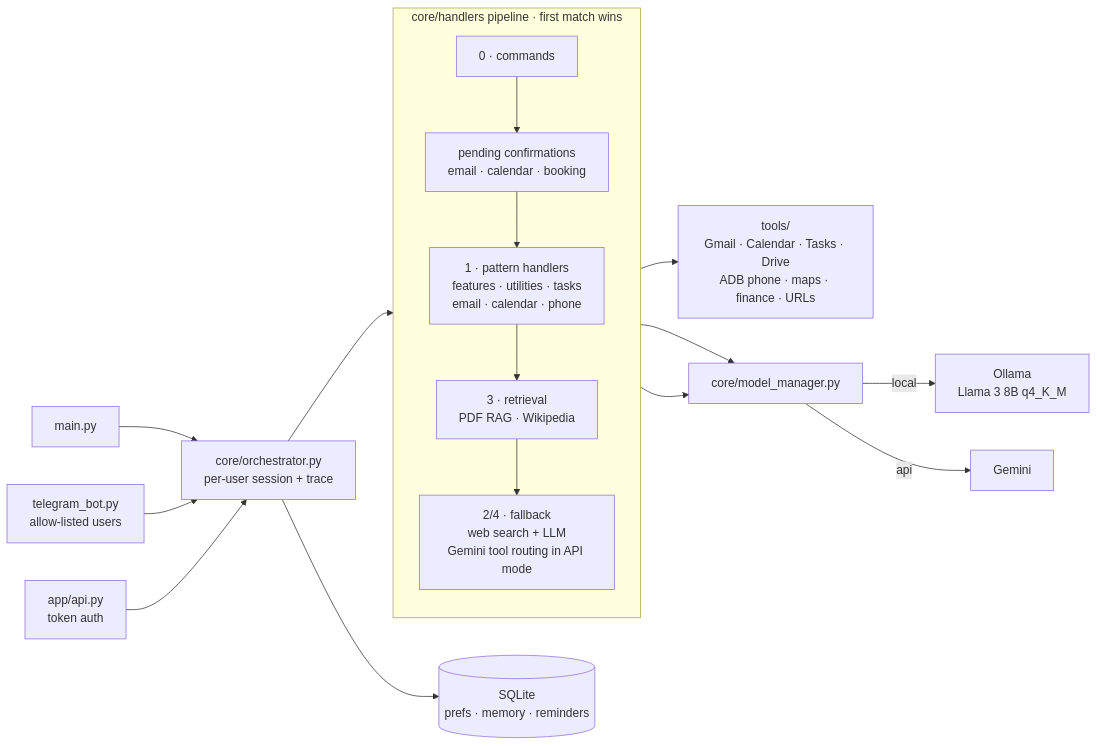
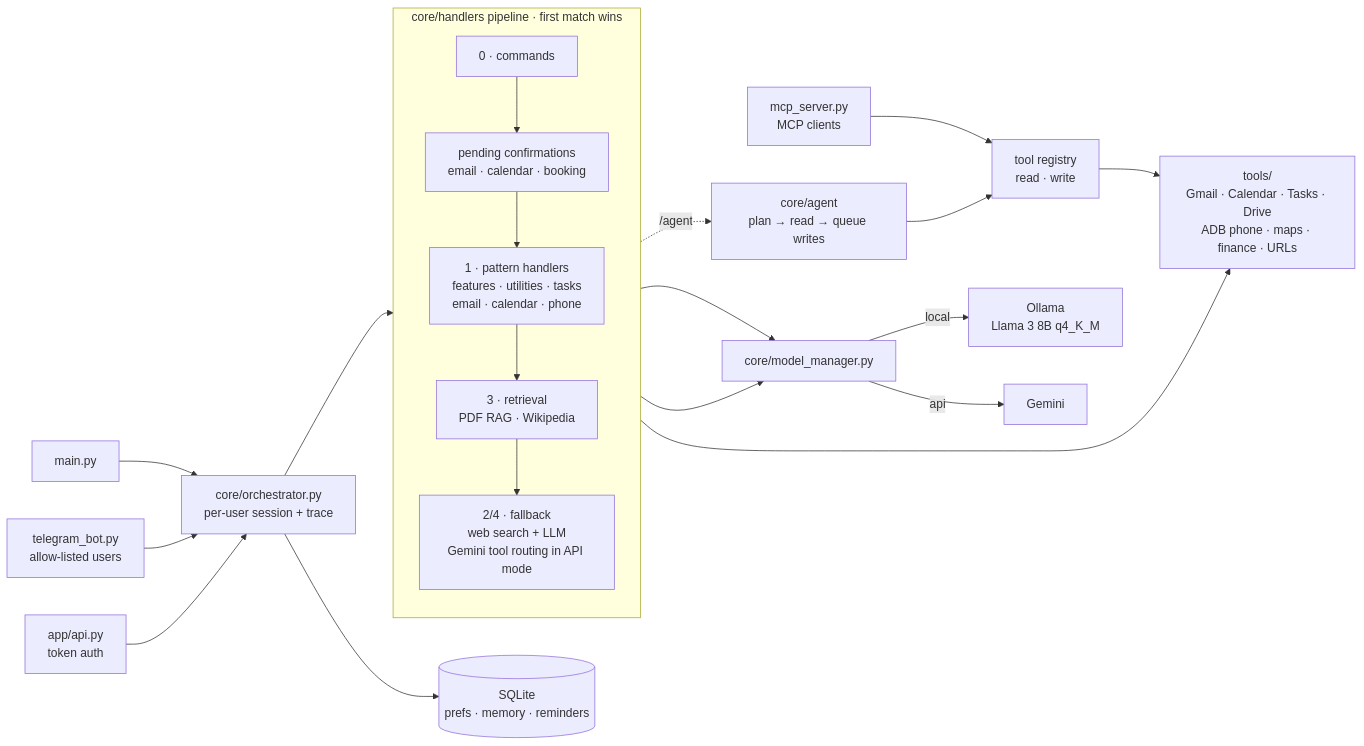
Before and after one commit to saisaharsh3/Orchestrix_AI-Multi-Model_Agentic_AI_Assistant: the diagram in README.md, drawn with Mermaid. The commit also changed other lines of this file and 21 other files, not shown here.

First line of the commit message:
Add agent mode (/agent) and an MCP server

````diff
--- a/README.md
+++ b/README.md
@@ -49,22 +54,26 @@
 ```mermaid
 flowchart LR
     CLI[main.py] --> O
+    MCP[mcp_server.py<br/>MCP clients] --> REG
     TG[telegram_bot.py<br/>allow-listed users] --> O
     API[app/api.py<br/>token auth] --> O
     O[core/orchestrator.py<br/>per-user session + trace] --> P
 
     subgraph P[core/handlers pipeline · first match wins]
       direction TB
       C[0 · commands] --> PEND[pending confirmations<br/>email · calendar · booking]
       PEND --> H[1 · pattern handlers<br/>features · utilities · tasks<br/>email · calendar · phone]
       H --> R[3 · retrieval<br/>PDF RAG · Wikipedia]
       R --> F[2/4 · fallback<br/>web search + LLM<br/>Gemini tool routing in API mode]
     end
 
     H --> T[tools/<br/>Gmail · Calendar · Tasks · Drive<br/>ADB phone · maps · finance · URLs]
     R --> L
     F --> L[core/model_manager.py]
     L -->|local| OL[Ollama<br/>Llama 3 8B q4_K_M]
     L -->|api| GM[Gemini]
     O --> DB[(SQLite<br/>prefs · memory · reminders)]
+    PEND -. /agent .-> AG[core/agent<br/>plan → read → queue writes]
+    AG --> REG[tool registry<br/>read · write]
+    REG --> T
 ```
````
